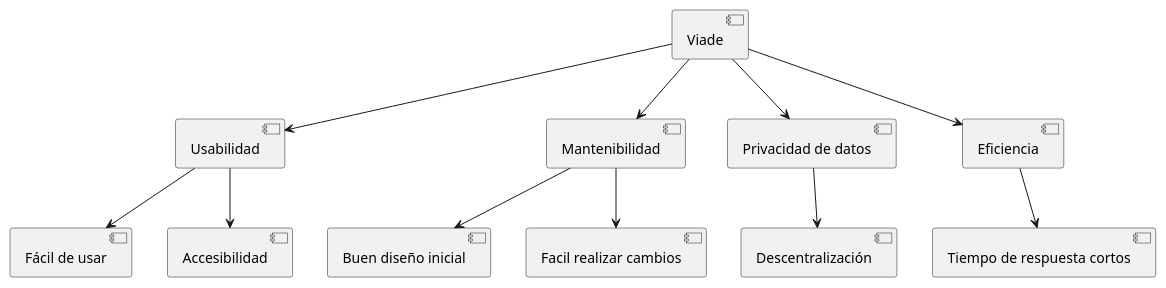
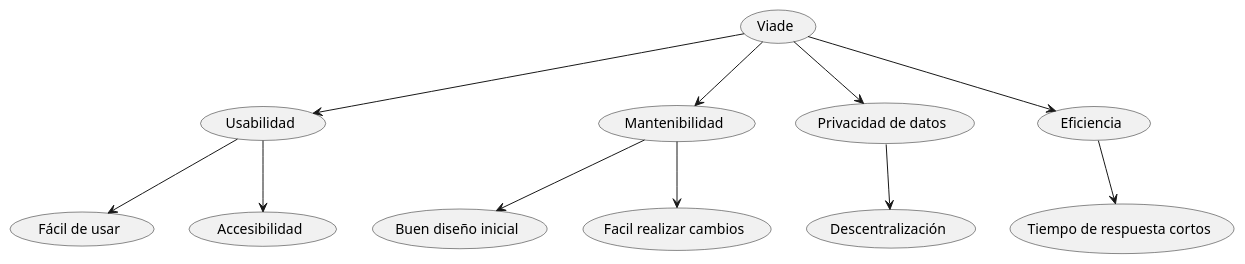
Before and after one commit to Arquisoft/viade_es1a: the diagram in src/docs/10_quality_scenarios.adoc, drawn with PlantUML.

Commit message:
Corregido diagrama 10.1

```diff
--- a/src/docs/10_quality_scenarios.adoc
+++ b/src/docs/10_quality_scenarios.adoc
@@ -5,20 +5,21 @@
 [plantuml,calidad,png]
 ----
 @startuml
-[Viade]--> [Usabilidad]
-[Viade]--> [Mantenibilidad]
-[Viade]--> [Privacidad de datos]
-[Viade]--> [Eficiencia]
 
-[Usabilidad] --> [Fácil de usar]
-[Usabilidad] --> [Accesibilidad]
+(Viade)--> (Usabilidad)
+(Viade)--> (Mantenibilidad)
+(Viade)--> (Privacidad de datos)
+(Viade)--> (Eficiencia)
 
-[Mantenibilidad] --> [Buen diseño inicial]
-[Mantenibilidad] --> [Facil realizar cambios]
+(Usabilidad) --> (Fácil de usar)
+(Usabilidad) --> (Accesibilidad)
 
-[Privacidad de datos] --> [Descentralización]
+(Mantenibilidad) --> (Buen diseño inicial)
+(Mantenibilidad) --> (Facil realizar cambios)
 
-[Eficiencia] --> [Tiempo de respuesta cortos]
+(Privacidad de datos) --> (Descentralización)
+
+(Eficiencia) --> (Tiempo de respuesta cortos)
 
 @enduml
 ----
```
